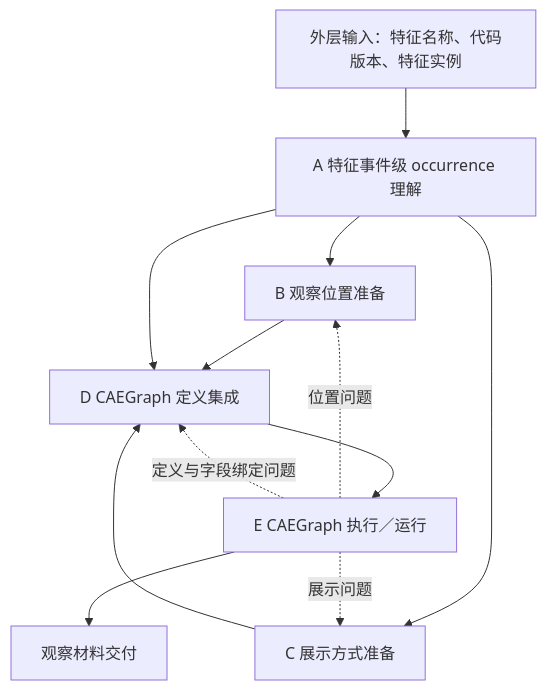
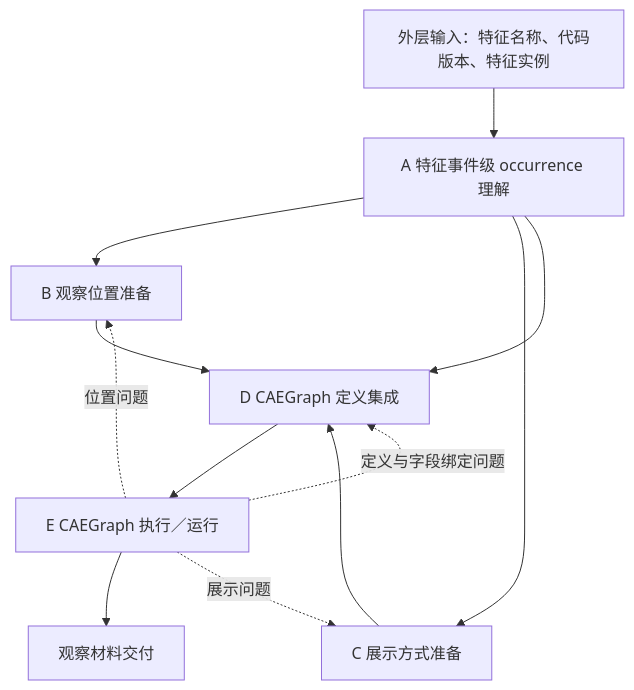
One commit to daowei2026/observe-iterate changed the diagram in control/02_L1_观察材料准备流程.md. Above: the diagram before and after it, drawn with Mermaid. The commit also changed other lines of this file, not shown here.

````diff
--- a/control/02_L1_观察材料准备流程.md
+++ b/control/02_L1_观察材料准备流程.md
@@ -29,14 +29,14 @@
 ```mermaid
 flowchart TD
   I[外层输入：特征名称、代码版本、特征实例] --> A[A 特征事件级 occurrence 理解]
   A --> B[B 观察位置准备]
   A --> C[C 展示方式准备]
-  B --> D[D CAEGraph 定义集成]
+  A --> D[D CAEGraph 定义集成]
+  B --> D
   C --> D
-  A --> D
   D --> E[E CAEGraph 执行／运行]
   E --> O[观察材料交付]
   E -. 位置问题 .-> B
   E -. 展示问题 .-> C
   E -. 定义与字段绑定问题 .-> D
 ```
````
